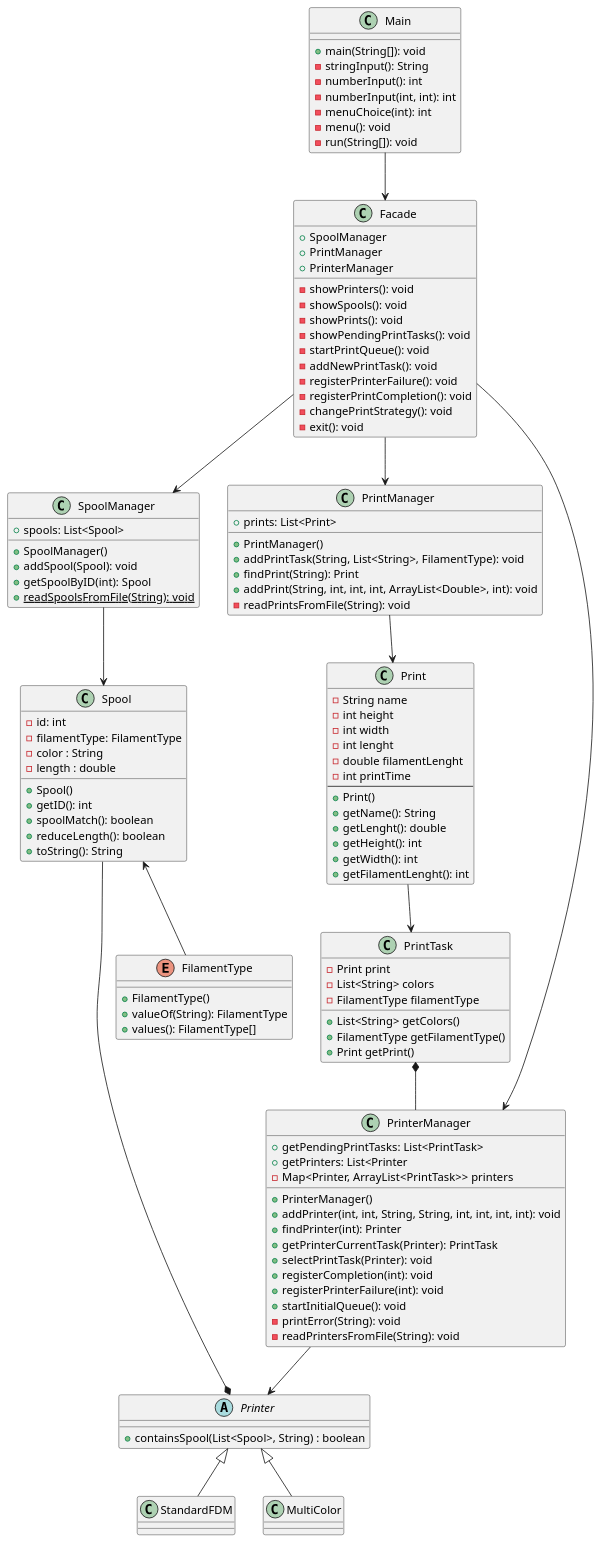
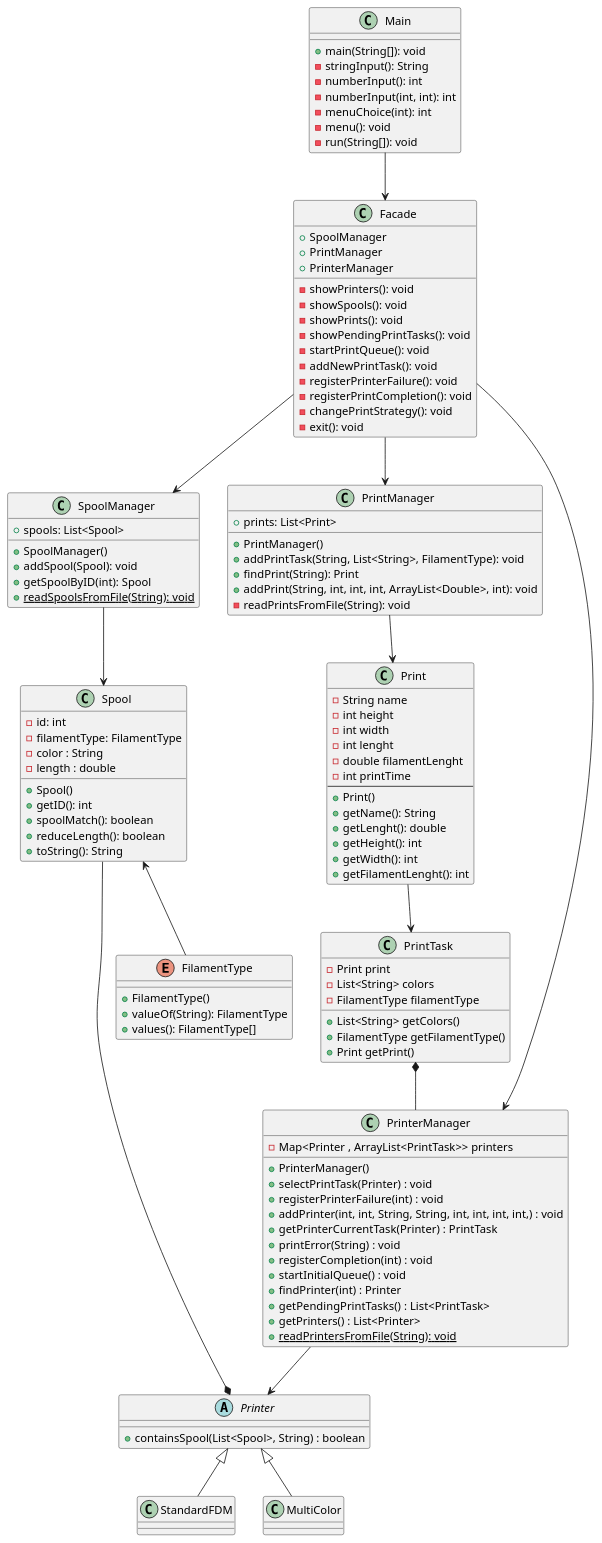
The diagram in docs/Diagrams/full diagrams/Class Diagram 2.1 1part.puml (rtavares14/System-Design), drawn with PlantUML before and after one commit. The commit also changed 2 other files, not shown here.

Commit message:
updated class diagram

```diff
--- a/docs/Diagrams/full diagrams/Class Diagram 2.1 1part.puml
+++ b/docs/Diagrams/full diagrams/Class Diagram 2.1 1part.puml
@@ -1,134 +1,134 @@
 @startuml
 'https://plantuml.com/sequence-diagram
 
 class Main {
     + main(String[]): void
     - stringInput(): String
     - numberInput(): int
     - numberInput(int, int): int
     - menuChoice(int): int
     - menu(): void
     - run(String[]): void
 }
 
 class Facade {
     + SpoolManager
     + PrintManager
     + PrinterManager
     - showPrinters(): void
     - showSpools(): void
     - showPrints(): void
     - showPendingPrintTasks(): void
     - startPrintQueue(): void
     - addNewPrintTask(): void
     - registerPrinterFailure(): void
     - registerPrintCompletion(): void
     - changePrintStrategy(): void
     - exit(): void
 }
 
 class PrintManager {
     + PrintManager()
     + addPrintTask(String, List<String>, FilamentType): void
     + findPrint(String): Print
     + addPrint(String, int, int, int, ArrayList<Double>, int): void
     - readPrintsFromFile(String): void
     + prints: List<Print>
 }
 
 class SpoolManager {
     + SpoolManager()
     + addSpool(Spool): void
     + getSpoolByID(int): Spool
     + {static} readSpoolsFromFile(String): void
     + spools: List<Spool>
 }
 
 class PrinterManager {
-    + PrinterManager()
-    + addPrinter(int, int, String, String, int, int, int, int): void
-    + findPrinter(int): Printer
-    + getPrinterCurrentTask(Printer): PrintTask
-    + getPendingPrintTasks: List<PrintTask>
-    + getPrinters: List<Printer
-    + selectPrintTask(Printer): void
-    + registerCompletion(int): void
-    + registerPrinterFailure(int): void
-    + startInitialQueue(): void
-    - printError(String): void
-    - readPrintersFromFile(String): void
-    - Map<Printer, ArrayList<PrintTask>> printers
+       - Map<Printer , ArrayList<PrintTask>> printers
+       + PrinterManager()
+       + selectPrintTask(Printer) : void
+       + registerPrinterFailure(int) : void
+       + addPrinter(int, int, String, String, int, int, int, int,) : void
+       + getPrinterCurrentTask(Printer) : PrintTask
+       + printError(String) : void
+       + registerCompletion(int) : void
+     + startInitialQueue() : void
+     + findPrinter(int) : Printer
+     + getPendingPrintTasks() : List<PrintTask>
+     + getPrinters() : List<Printer>
+     + {static}readPrintersFromFile(String): void
 }
 
 abstract class Printer{
       + containsSpool(List<Spool>, String) : boolean
 }
 
 class Print{
 - String name
 - int height
 - int width
 - int lenght
 - double filamentLenght
 - int printTime
 ---
 + Print()
 + getName(): String
 + getLenght(): double
 + getHeight(): int
 + getWidth(): int
 + getFilamentLenght(): int
 }
 
 class PrintTask{
 - Print print
 - List<String> colors
 - FilamentType filamentType
 + List<String> getColors()
 + FilamentType getFilamentType()
 + Print getPrint()
 }
 
 class Spool{
     + Spool()
     - id: int
     - filamentType: FilamentType
     - color : String
     - length : double
     + getID(): int
     + spoolMatch(): boolean
     + reduceLength(): boolean
     + toString(): String
 }
 
 enum FilamentType{
   + FilamentType()
   + valueOf(String): FilamentType
   + values(): FilamentType[]
 }
 
 class StandardFDM{}
 class MultiColor{}
 
 
 Main -down-> Facade
 
 Facade -down-> SpoolManager
 SpoolManager -down-> Spool
 Spool <-- FilamentType
 Spool --* Printer
 
 Facade -down-> PrintManager
 PrintManager -down-> Print
 Print -down-> PrintTask
 PrintTask *-- PrinterManager
 
 Facade -down-> PrinterManager
 PrinterManager -down-> Printer
 Printer <|-- StandardFDM
 Printer <|-- MultiColor
 
 
 
 
 @enduml
```
